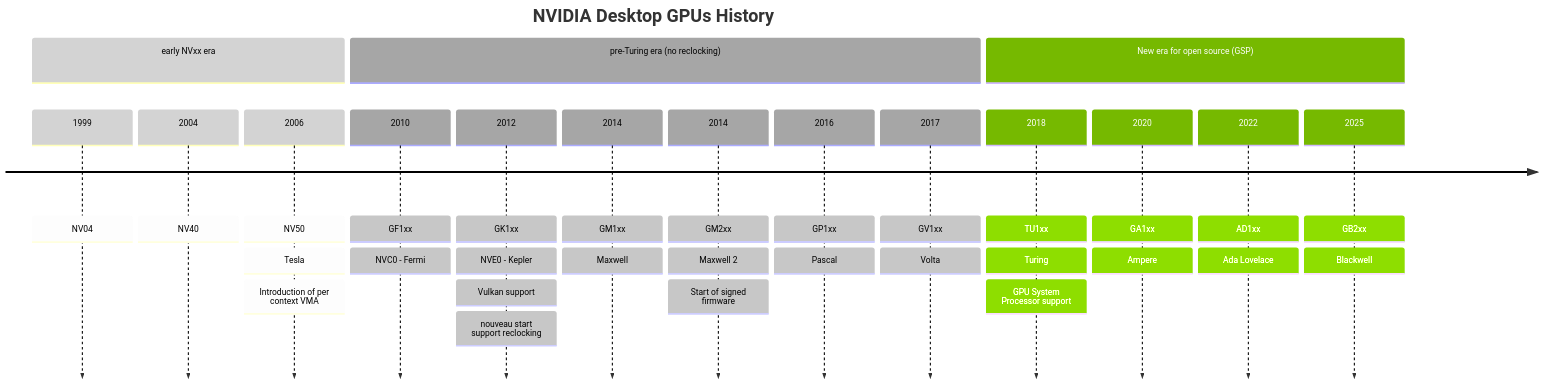
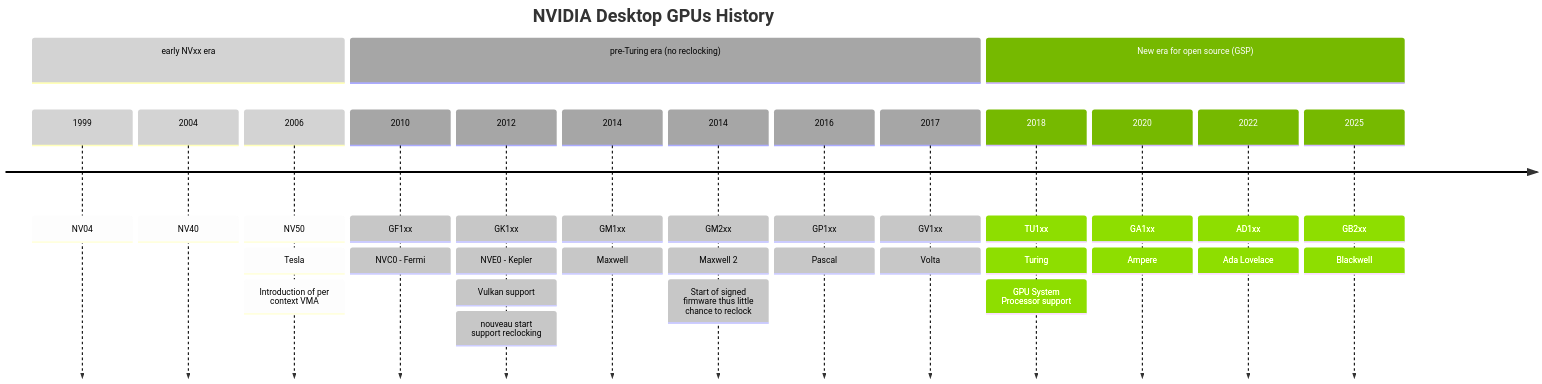
One commit to lucmann/lucmann.github.io changed the diagram in source/_posts/lnx/nouveau.md. Above: the diagram before and after it, drawn with Mermaid.

Commit message:
linux: nouveau: little chance to reclock signed firmware GPU generations

````diff
--- a/source/_posts/lnx/nouveau.md
+++ b/source/_posts/lnx/nouveau.md
@@ -8,31 +8,31 @@
 ```mermaid
 ---
 config:
     theme: 'default'
     themeVariables:
         cScale0: '#d3d3d3'
         cScaleLabel0: '#000000'
         cScale1: '#a6a6a6'
         cScaleLabel1: '#000000'
         cScale2: '#76b900'
         cScaleLabel2: '#ffffff'
 ---
 timeline
     title NVIDIA Desktop GPUs History
     section early NVxx era
         1999 : NV04
         2004 : NV40
         2006 : NV50 : Tesla : Introduction of per context VMA
     section pre-Turing era (no reclocking)
         2010 : GF1xx : NVC0 - Fermi
         2012 : GK1xx : NVE0 - Kepler : Vulkan support : nouveau start support reclocking
         2014 : GM1xx : Maxwell
-        2014 : GM2xx : Maxwell 2 : Start of signed firmware
+        2014 : GM2xx : Maxwell 2 : Start of signed firmware thus little chance to reclock
         2016 : GP1xx : Pascal
         2017 : GV1xx : Volta
     section New era for open source (GSP)
         2018 : TU1xx : Turing : GPU System Processor support
         2020 : GA1xx : Ampere
         2022 : AD1xx : Ada Lovelace
         2025 : GB2xx : Blackwell
 ```
````
